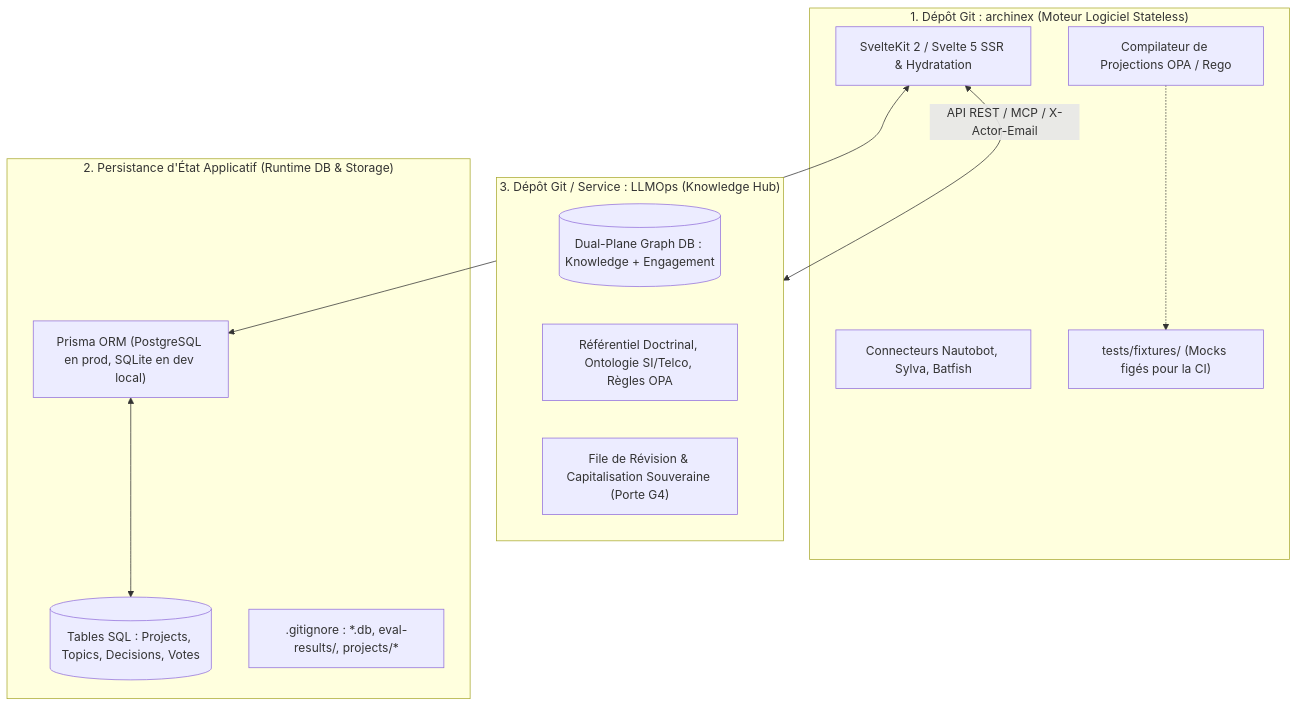
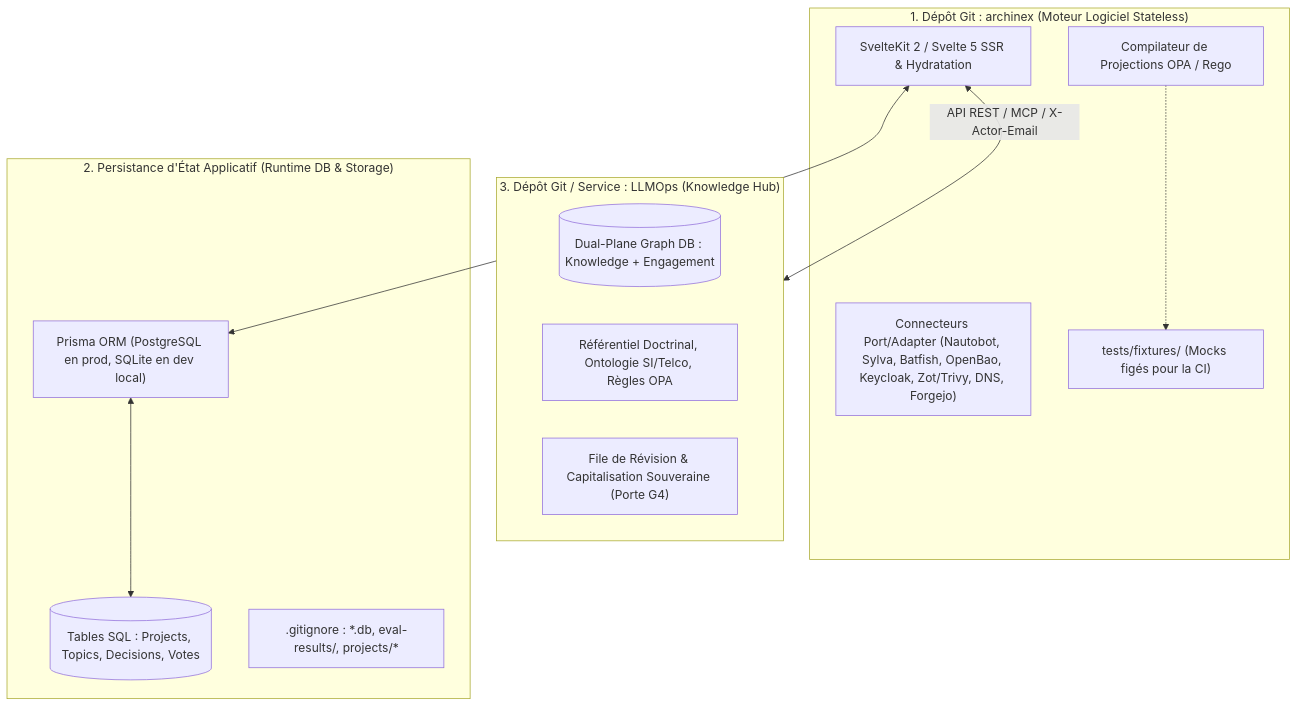
One commit to MauriceIsrael/archinex changed diagram 13 of 13 in ARCHITECTURE.md. Above: the diagram before and after it, drawn with Mermaid. The commit also changed 12 other files, not shown here.

Commit message:
feat(edp,adapters): implémenter les 6 connecteurs Port/Adapter de la stack Sylva (#362)

````diff
--- a/ARCHITECTURE.md
+++ b/ARCHITECTURE.md
@@ -949,26 +949,26 @@
 ```mermaid
 flowchart TD
     subgraph RepoCode["1. Dépôt Git : archinex (Moteur Logiciel Stateless)"]
         UI["SvelteKit 2 / Svelte 5 SSR & Hydratation"]
         OPA["Compilateur de Projections OPA / Rego"]
-        Connectors["Connecteurs Nautobot, Sylva, Batfish"]
+        Connectors["Connecteurs Port/Adapter (Nautobot, Sylva, Batfish, OpenBao, Keycloak, Zot/Trivy, DNS, Forgejo)"]
         Fixtures["tests/fixtures/ (Mocks figés pour la CI)"]
     end
 
     subgraph StateRuntime["2. Persistance d'État Applicatif (Runtime DB & Storage)"]
         PrismaORM["Prisma ORM (PostgreSQL en prod, SQLite en dev local)"]
         DB[(Tables SQL : Projects, Topics, Decisions, Votes)]
         IgnoredFiles[".gitignore : *.db, eval-results/, projects/*"]
     end
 
     subgraph SovereignHub["3. Dépôt Git / Service : LLMOps (Knowledge Hub)"]
         GraphDB[(Dual-Plane Graph DB : Knowledge + Engagement)]
         DoctrineRegistry["Référentiel Doctrinal, Ontologie SI/Telco, Règles OPA"]
         GateG4["File de Révision & Capitalisation Souveraine (Porte G4)"]
     end
 
     UI <--> PrismaORM
     PrismaORM <--> DB
     OPA -.-> Fixtures
     UI <-->|API REST / MCP / X-Actor-Email| SovereignHub
 ```
````
